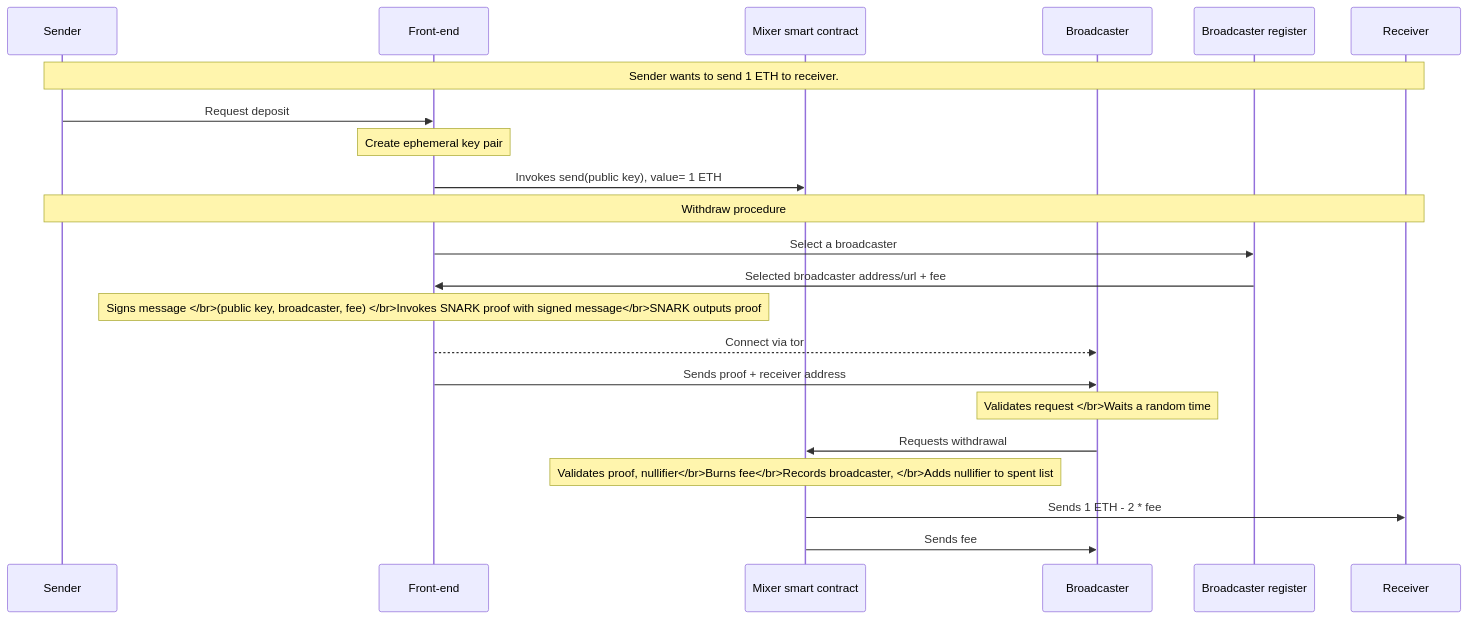
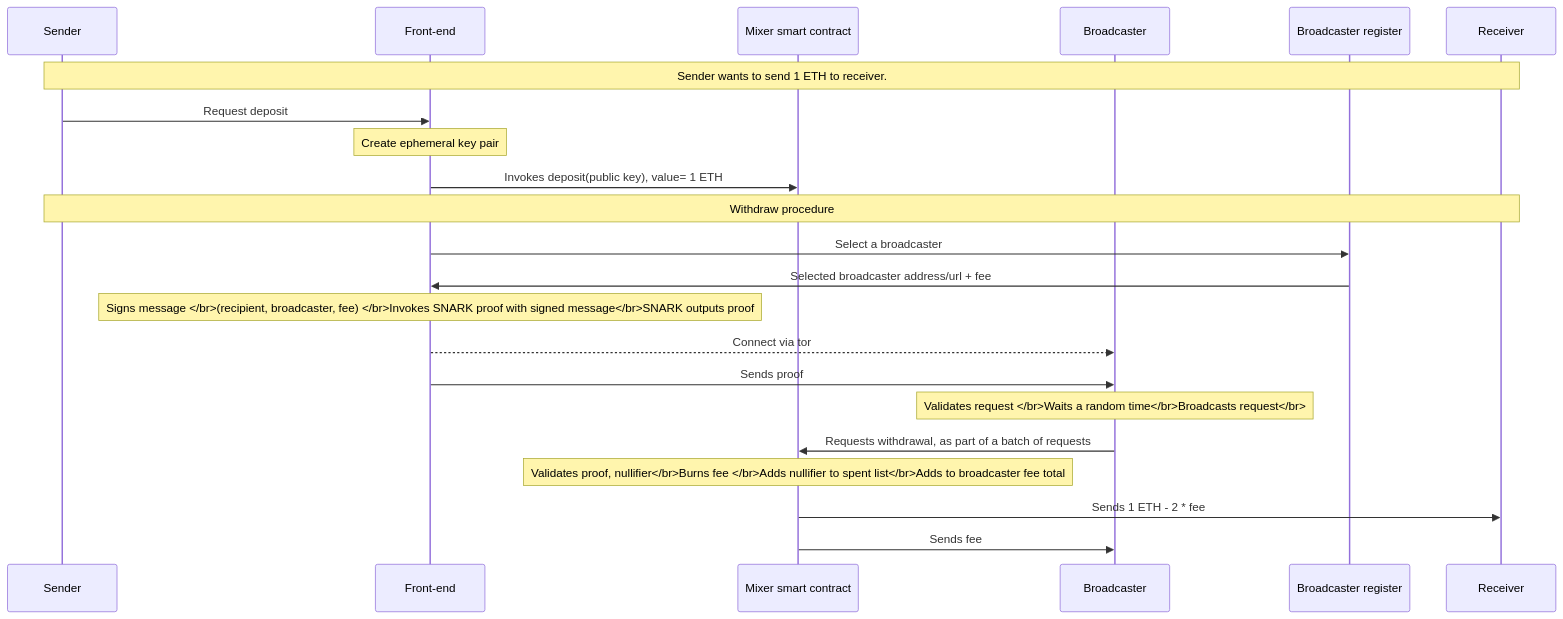
The diagram in mixer-sequence.mmd (semaphore-society/docs), drawn with Mermaid before and after one commit.

Commit message:
corrections

```diff
--- a/mixer-sequence.mmd
+++ b/mixer-sequence.mmd
@@ -1,31 +1,31 @@
 sequenceDiagram
 
     # title Minimal Mixer Overview
 
     participant S as Sender
     participant F as Front-end
     participant M as Mixer smart contract
     participant B as Broadcaster
     participant BR as Broadcaster register
     participant R as Receiver
 
     Note over S,R: Sender wants to send 1 ETH to receiver.
     S->>F: Request deposit
     Note over F: Create ephemeral key pair
-    F->>M: Invokes send(public key), value= 1 ETH
+    F->>M: Invokes deposit(public key), value= 1 ETH 
 
    Note over S,R: Withdraw procedure
 
    F->>BR: Select a broadcaster
    BR->>F: Selected broadcaster address/url + fee
 
-   Note over F: Signs message </br>(public key, broadcaster, fee) </br>Invokes SNARK proof with signed message</br>SNARK outputs proof
+   Note over F: Signs message </br>(recipient, broadcaster, fee) </br>Invokes SNARK proof with signed message</br>SNARK outputs proof
 
    F-->>B: Connect via tor
-   F->>B: Sends proof + receiver address
+   F->>B: Sends proof
 
-   Note over B: Validates request </br>Waits a random time
-   B->>M: Requests withdrawal
-   Note over M: Validates proof, nullifier</br>Burns fee</br>Records broadcaster, </br>Adds nullifier to spent list
+   Note over B: Validates request </br>Waits a random time</br>Broadcasts request</br>
+   B->>M: Requests withdrawal, as part of a batch of requests
+   Note over M: Validates proof, nullifier</br>Burns fee </br>Adds nullifier to spent list</br>Adds to broadcaster fee total
    M->>R: Sends 1 ETH - 2 * fee
    M->>B: Sends fee
```
